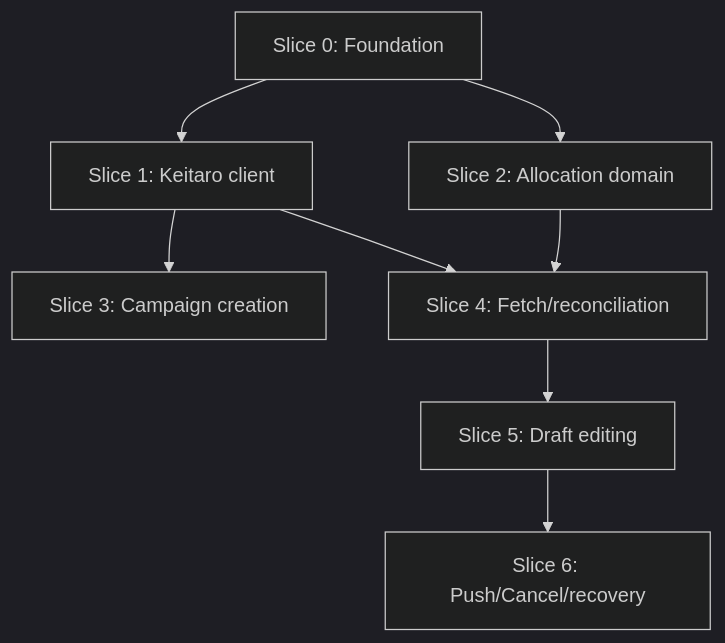
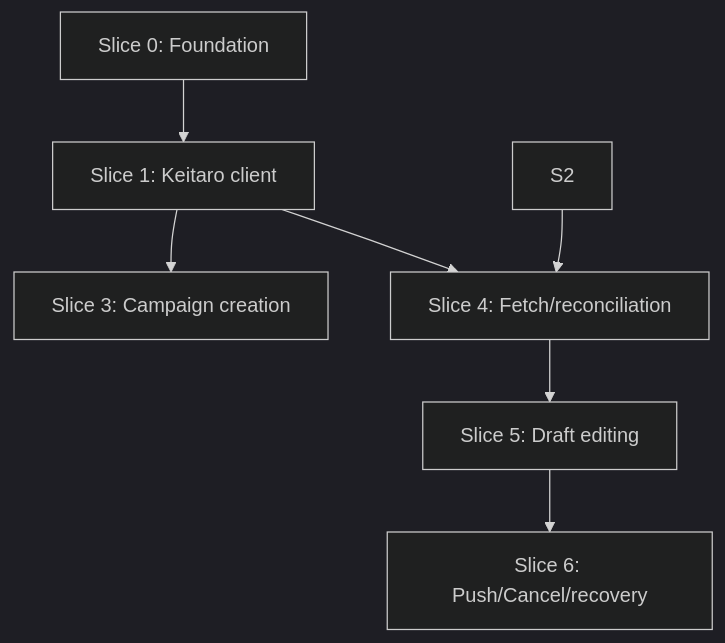
Before and after one commit to zaebee/keitaro-wrap: the first of 2 diagrams in docs/implementation/implementation-plan.md, drawn with Mermaid (dark theme).

Commit message:
docs: remove artificial S0->S2 dependency edge

````diff
--- a/docs/implementation/implementation-plan.md
+++ b/docs/implementation/implementation-plan.md
@@ -7,10 +7,9 @@
 ```mermaid
 flowchart TD
   S0[Slice 0: Foundation] --> S1[Slice 1: Keitaro client]
-  S0 --> S2[Slice 2: Allocation domain]
   S1 --> S3[Slice 3: Campaign creation]
   S1 --> S4[Slice 4: Fetch/reconciliation]
   S2 --> S4
   S4 --> S5[Slice 5: Draft editing]
   S5 --> S6[Slice 6: Push/Cancel/recovery]
 ```
````
